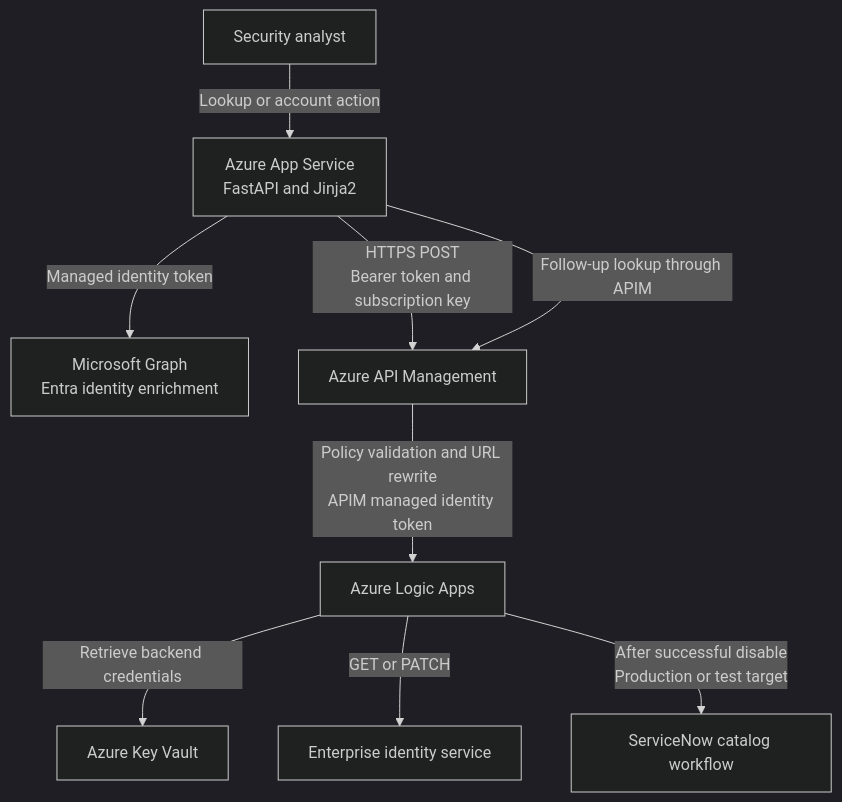
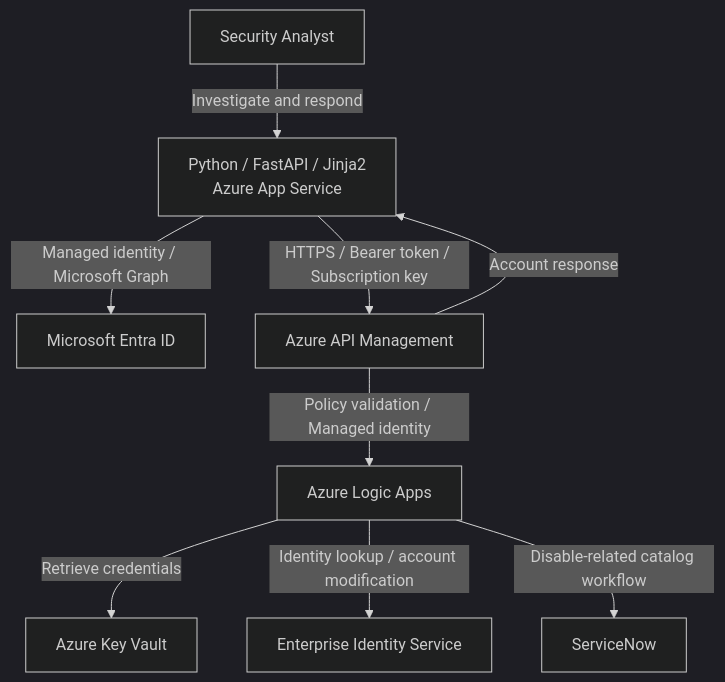
One commit to gabriel-wolf/azure-identity-security-response changed the diagram in README.md. Above: the diagram before and after it, drawn with Mermaid (dark theme). The commit also changed other lines of this file, not shown here.

````diff
--- a/README.md
+++ b/README.md
@@ -32,11 +29,11 @@
 ```mermaid
 flowchart TD
-    Analyst[Security analyst] -->|Lookup or account action| Web[Azure App Service\nFastAPI and Jinja2]
-    Web -->|Managed identity token| Graph[Microsoft Graph\nEntra identity enrichment]
-    Web -->|HTTPS POST\nBearer token and subscription key| Gateway[Azure API Management]
-    Gateway -->|Policy validation and URL rewrite\nAPIM managed identity token| Workflow[Azure Logic Apps]
-    Workflow -->|Retrieve backend credentials| Vault[Azure Key Vault]
-    Workflow -->|GET or PATCH| Identity[Enterprise identity service]
-    Workflow -->|After successful disable\nProduction or test target| ServiceNow[ServiceNow catalog workflow]
-    Web -->|Follow-up lookup through APIM| Gateway
+    Analyst[Security Analyst] -->|Investigate and respond| App[Python / FastAPI / Jinja2<br/>Azure App Service]
+    App -->|Managed identity / Microsoft Graph| Entra[Microsoft Entra ID]
+    App -->|HTTPS / Bearer token / Subscription key| APIM[Azure API Management]
+    APIM -->|Policy validation / Managed identity| Logic[Azure Logic Apps]
+    Logic -->|Retrieve credentials| Vault[Azure Key Vault]
+    Logic -->|Identity lookup / account modification| Identity[Enterprise Identity Service]
+    Logic -->|Disable-related catalog workflow| SN[ServiceNow]
+    APIM -->|Account response| App
 ```
````
